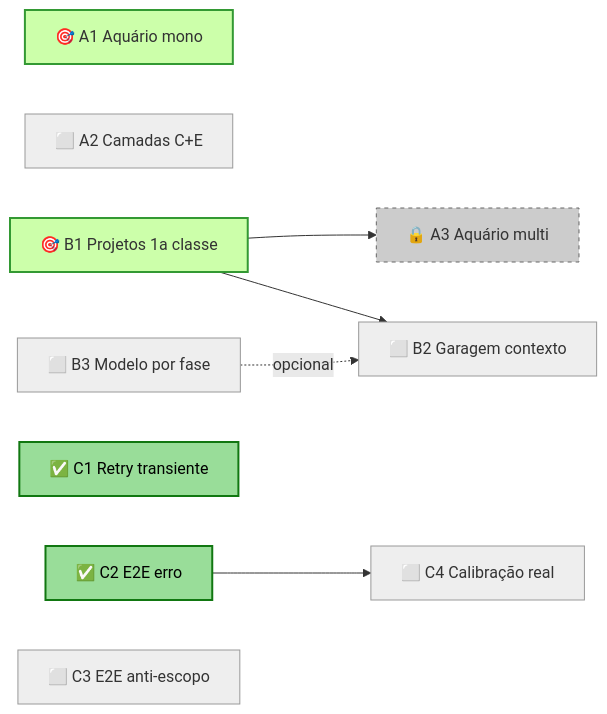
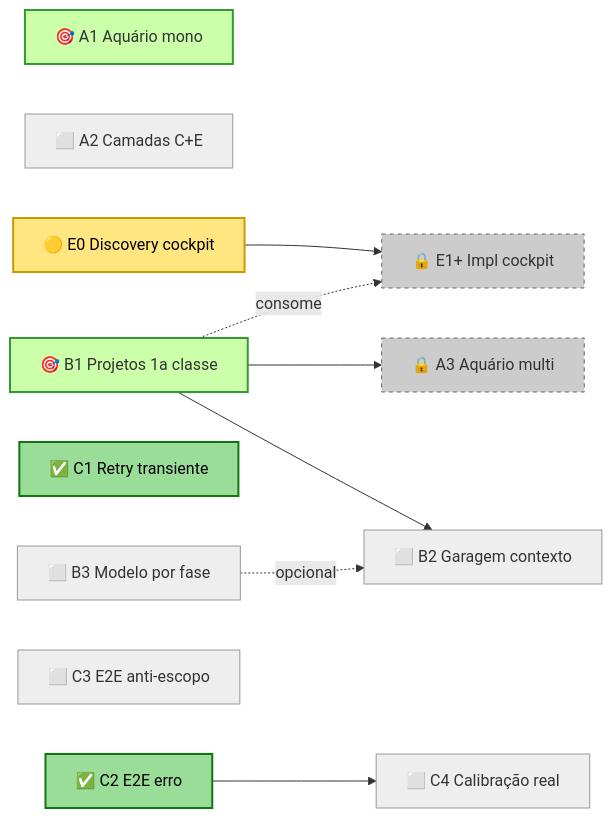
Before and after one commit to x-force-42/mmb-core: the fourth of 4 diagrams in docs/arvore.md, drawn with Mermaid. The commit also changed other lines of this file and 2 other files, not shown here.

First line of the commit message:
docs(E0): abre Trilha E · Cockpit de Operações em modo discovery

````diff
--- a/docs/arvore.md
+++ b/docs/arvore.md
@@ -179,26 +187,33 @@
 ```mermaid
 flowchart LR
   classDef ready  fill:#cfa,stroke:#393,stroke-width:2px
   classDef done   fill:#9d9,stroke:#171,stroke-width:2px,color:#000
+  classDef wip    fill:#ffe680,stroke:#cc9900,stroke-width:2px,color:#000
   classDef todo   fill:#eee,stroke:#999
   classDef locked fill:#ccc,stroke:#666,stroke-dasharray:4
 
   A1[🎯 A1 Aquário mono]:::ready
   A2[⬜ A2 Camadas C+E]:::todo
   A3[🔒 A3 Aquário multi]:::locked
 
   B1[🎯 B1 Projetos 1a classe]:::ready
   B2[⬜ B2 Garagem contexto]:::todo
   B3[⬜ B3 Modelo por fase]:::todo
 
   C1[✅ C1 Retry transiente]:::done
   C2[✅ C2 E2E erro]:::done
   C3[⬜ C3 E2E anti-escopo]:::todo
   C4[⬜ C4 Calibração real]:::todo
 
+  E0[🟡 E0 Discovery cockpit]:::wip
+  E1[🔒 E1+ Impl cockpit]:::locked
+
+  E0 --> E1
+  B1 -.consome.-> E1
+
   B1 --> A3
   B1 --> B2
   C2 --> C4
 
   B3 -.opcional.-> B2
 ```
````
